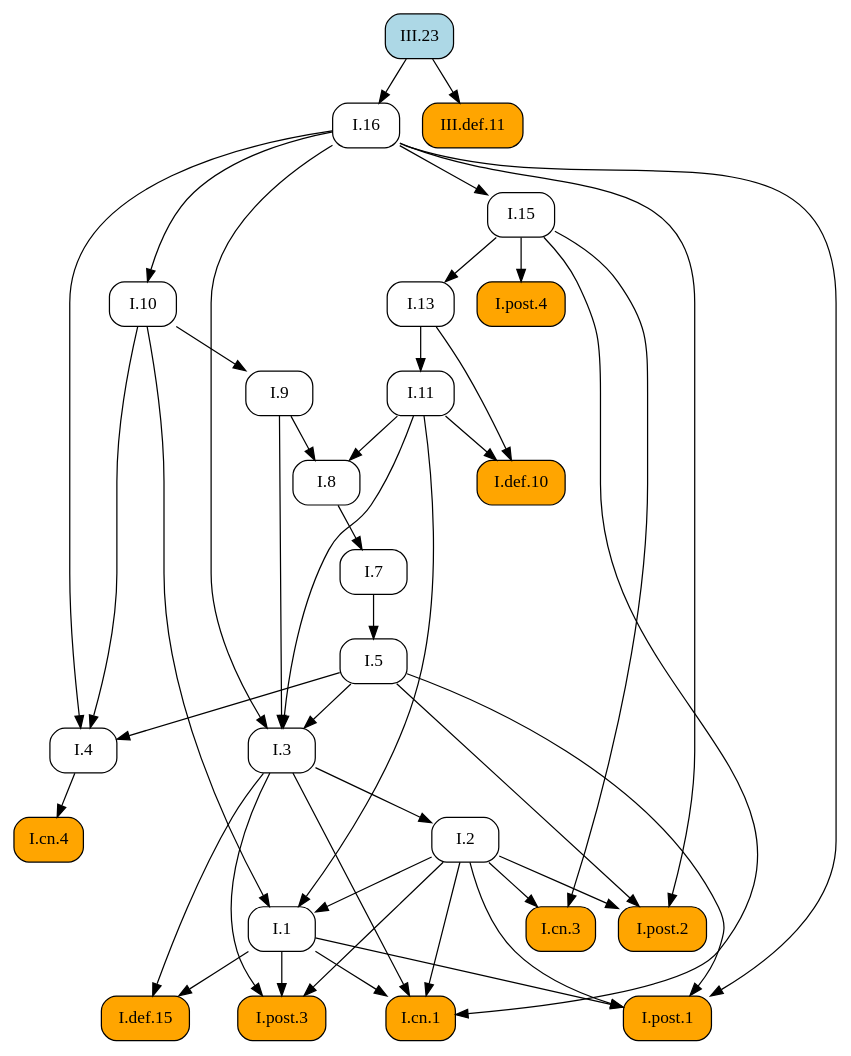
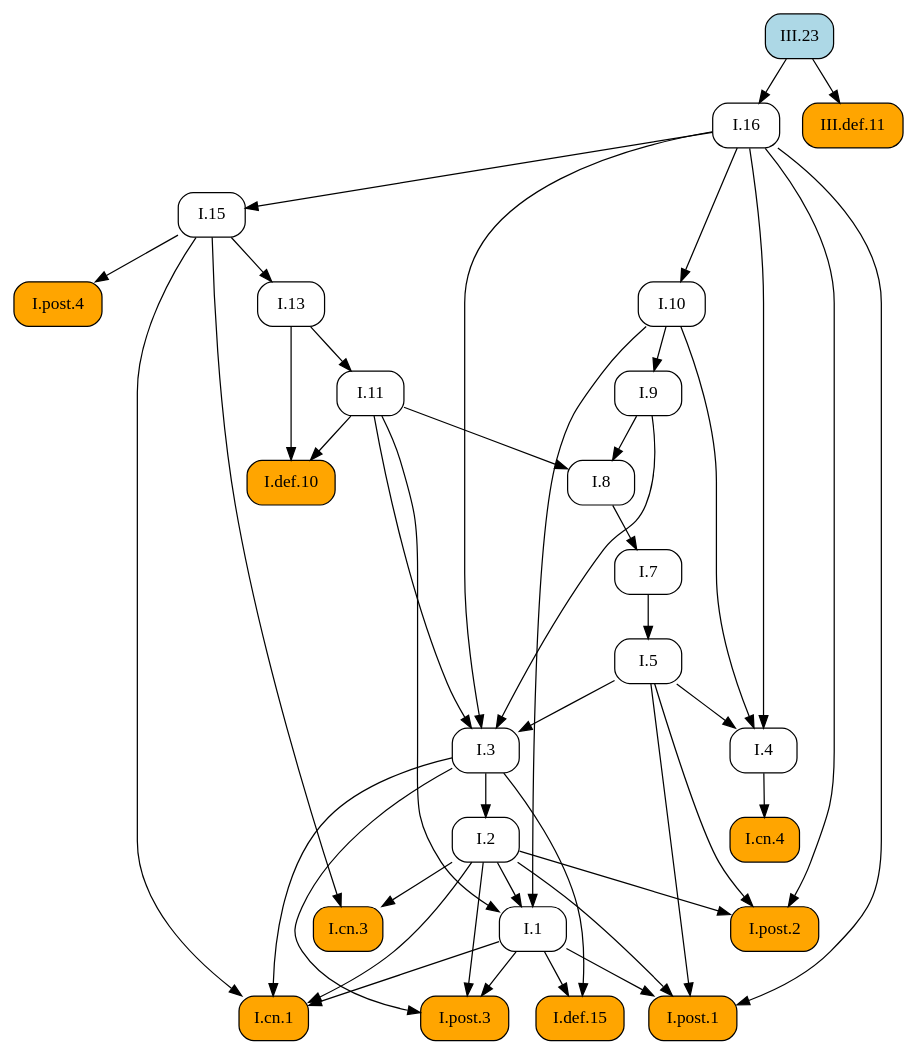
Before and after one commit to geometor/elements: the diagram in docsrc/elements2/III/23/index.rst, drawn with Graphviz. The commit also changed other lines of this file and 409 other files, not shown here.

First line of the commit message:
feat: Add image cropping and graphic extraction script

```diff
--- a/docsrc/elements2/III/23/index.rst
+++ b/docsrc/elements2/III/23/index.rst
@@ -40,74 +40,74 @@
 .. graphviz::
 
    digraph {
      rankdir="TB";
      node [shape=box, style=rounded];
+     "I.def.15" [style="rounded,filled", fillcolor=orange, URL="/elements2/I/def.15/", target="_top"];
+     "I.def.10" [style="rounded,filled", fillcolor=orange, URL="/elements2/I/def.10/", target="_top"];
+     "I.11" [URL="/elements2/I/11/", target="_top"];
      "I.8" [URL="/elements2/I/8/", target="_top"];
+     "I.15" [URL="/elements2/I/15/", target="_top"];
+     "I.5" [URL="/elements2/I/5/", target="_top"];
+     "I.3" [URL="/elements2/I/3/", target="_top"];
+     "I.10" [URL="/elements2/I/10/", target="_top"];
+     "I.cn.3" [style="rounded,filled", fillcolor=orange, URL="/elements2/I/cn.3/", target="_top"];
+     "I.cn.1" [style="rounded,filled", fillcolor=orange, URL="/elements2/I/cn.1/", target="_top"];
+     "I.13" [URL="/elements2/I/13/", target="_top"];
+     "I.post.3" [style="rounded,filled", fillcolor=orange, URL="/elements2/I/post.3/", target="_top"];
+     "I.4" [URL="/elements2/I/4/", target="_top"];
+     "I.7" [URL="/elements2/I/7/", target="_top"];
+     "I.9" [URL="/elements2/I/9/", target="_top"];
+     "I.16" [URL="/elements2/I/16/", target="_top"];
+     "I.post.1" [style="rounded,filled", fillcolor=orange, URL="/elements2/I/post.1/", target="_top"];
+     "I.2" [URL="/elements2/I/2/", target="_top"];
+     "III.def.11" [style="rounded,filled", fillcolor=orange, URL="/elements2/III/def.11/", target="_top"];
+     "III.23" [style="rounded,filled", fillcolor=lightblue, URL="/elements2/III/23/", target="_top"];
      "I.1" [URL="/elements2/I/1/", target="_top"];
-     "I.cn.3" [style="rounded,filled", fillcolor=orange, URL="/elements2/I/cn.3/", target="_top"];
+     "I.post.4" [style="rounded,filled", fillcolor=orange, URL="/elements2/I/post.4/", target="_top"];
      "I.cn.4" [style="rounded,filled", fillcolor=orange, URL="/elements2/I/cn.4/", target="_top"];
-     "I.7" [URL="/elements2/I/7/", target="_top"];
-     "I.post.1" [style="rounded,filled", fillcolor=orange, URL="/elements2/I/post.1/", target="_top"];
-     "I.9" [URL="/elements2/I/9/", target="_top"];
-     "I.5" [URL="/elements2/I/5/", target="_top"];
-     "I.cn.1" [style="rounded,filled", fillcolor=orange, URL="/elements2/I/cn.1/", target="_top"];
-     "I.post.4" [style="rounded,filled", fillcolor=orange, URL="/elements2/I/post.4/", target="_top"];
-     "I.def.10" [style="rounded,filled", fillcolor=orange, URL="/elements2/I/def.10/", target="_top"];
-     "I.16" [URL="/elements2/I/16/", target="_top"];
-     "I.13" [URL="/elements2/I/13/", target="_top"];
-     "I.2" [URL="/elements2/I/2/", target="_top"];
-     "I.def.15" [style="rounded,filled", fillcolor=orange, URL="/elements2/I/def.15/", target="_top"];
-     "I.4" [URL="/elements2/I/4/", target="_top"];
-     "I.11" [URL="/elements2/I/11/", target="_top"];
-     "III.def.11" [style="rounded,filled", fillcolor=orange, URL="/elements2/III/def.11/", target="_top"];
-     "I.10" [URL="/elements2/I/10/", target="_top"];
-     "I.15" [URL="/elements2/I/15/", target="_top"];
-     "I.3" [URL="/elements2/I/3/", target="_top"];
      "I.post.2" [style="rounded,filled", fillcolor=orange, URL="/elements2/I/post.2/", target="_top"];
-     "III.23" [style="rounded,filled", fillcolor=lightblue, URL="/elements2/III/23/", target="_top"];
-     "I.post.3" [style="rounded,filled", fillcolor=orange, URL="/elements2/I/post.3/", target="_top"];
+     "I.1" -> "I.def.15";
+     "I.3" -> "I.def.15";
+     "I.11" -> "I.def.10";
+     "I.13" -> "I.def.10";
+     "I.13" -> "I.11";
      "I.9" -> "I.8";
      "I.11" -> "I.8";
-     "I.2" -> "I.1";
-     "I.10" -> "I.1";
-     "I.11" -> "I.1";
+     "I.16" -> "I.15";
+     "I.7" -> "I.5";
+     "I.5" -> "I.3";
+     "I.9" -> "I.3";
+     "I.11" -> "I.3";
+     "I.16" -> "I.3";
+     "I.16" -> "I.10";
      "I.2" -> "I.cn.3";
      "I.15" -> "I.cn.3";
-     "I.4" -> "I.cn.4";
+     "I.1" -> "I.cn.1";
+     "I.2" -> "I.cn.1";
+     "I.3" -> "I.cn.1";
+     "I.15" -> "I.cn.1";
+     "I.15" -> "I.13";
+     "I.1" -> "I.post.3";
+     "I.2" -> "I.post.3";
+     "I.3" -> "I.post.3";
+     "I.5" -> "I.4";
+     "I.10" -> "I.4";
+     "I.16" -> "I.4";
      "I.8" -> "I.7";
+     "I.10" -> "I.9";
+     "III.23" -> "I.16";
      "I.1" -> "I.post.1";
      "I.2" -> "I.post.1";
      "I.5" -> "I.post.1";
      "I.16" -> "I.post.1";
-     "I.10" -> "I.9";
-     "I.7" -> "I.5";
-     "I.1" -> "I.cn.1";
-     "I.2" -> "I.cn.1";
-     "I.3" -> "I.cn.1";
-     "I.15" -> "I.cn.1";
+     "I.3" -> "I.2";
+     "III.23" -> "III.def.11";
+     "I.2" -> "I.1";
+     "I.10" -> "I.1";
+     "I.11" -> "I.1";
      "I.15" -> "I.post.4";
-     "I.11" -> "I.def.10";
-     "I.13" -> "I.def.10";
-     "III.23" -> "I.16";
-     "I.15" -> "I.13";
-     "I.3" -> "I.2";
-     "I.1" -> "I.def.15";
-     "I.3" -> "I.def.15";
-     "I.5" -> "I.4";
-     "I.10" -> "I.4";
-     "I.16" -> "I.4";
-     "I.13" -> "I.11";
-     "III.23" -> "III.def.11";
-     "I.16" -> "I.10";
-     "I.16" -> "I.15";
-     "I.5" -> "I.3";
-     "I.9" -> "I.3";
-     "I.11" -> "I.3";
-     "I.16" -> "I.3";
+     "I.4" -> "I.cn.4";
      "I.2" -> "I.post.2";
      "I.5" -> "I.post.2";
      "I.16" -> "I.post.2";
-     "I.1" -> "I.post.3";
-     "I.2" -> "I.post.3";
-     "I.3" -> "I.post.3";
    }
```
